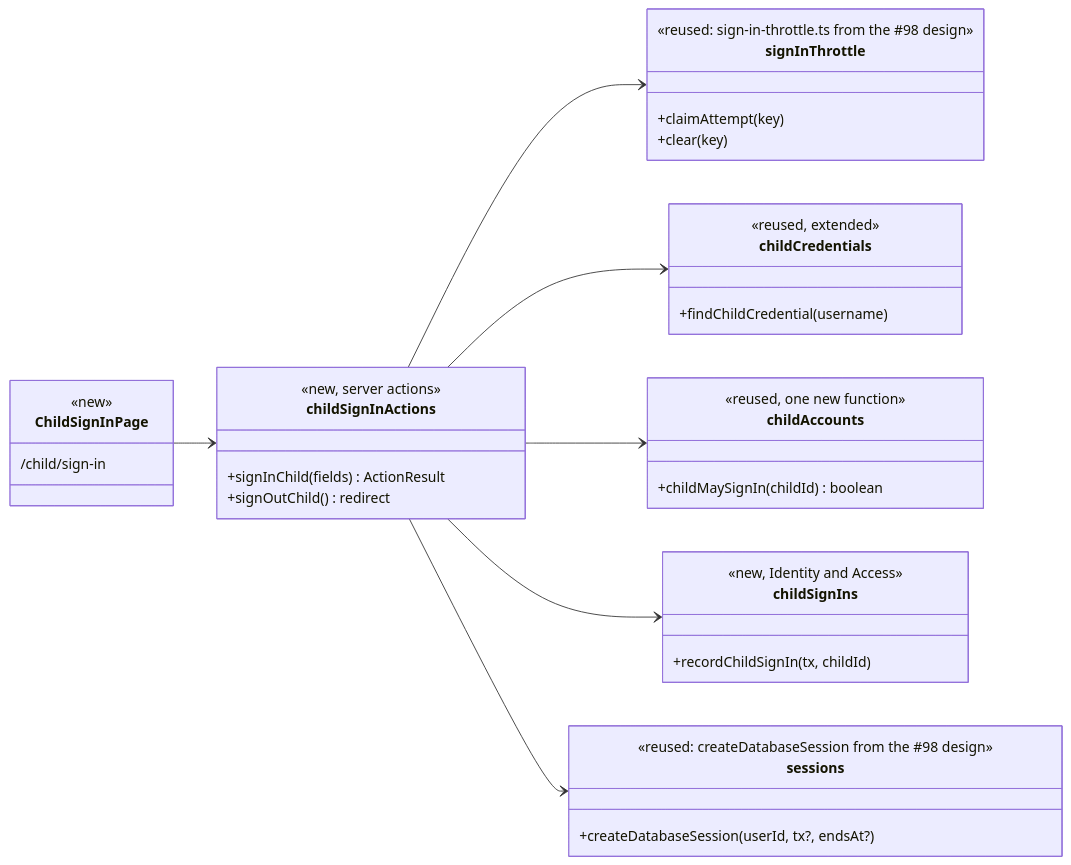
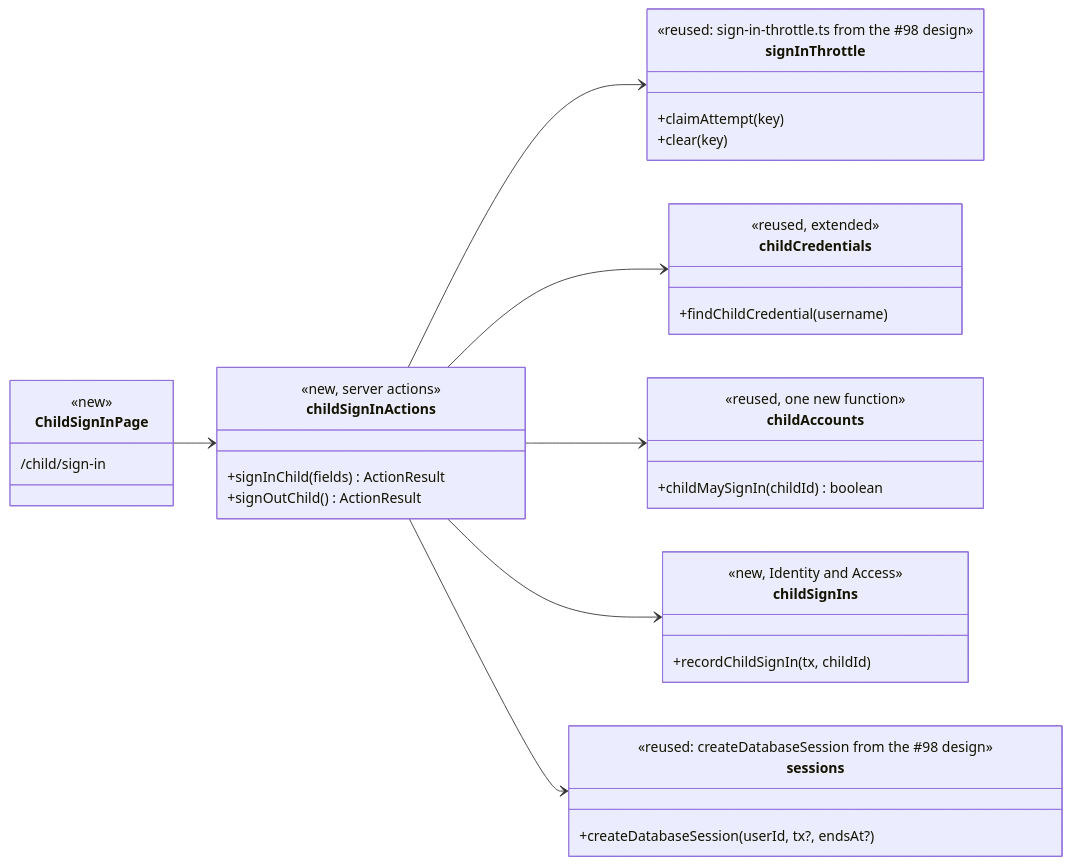
The third of 9 diagrams in design/shlf.md (videogames21/book_buddies), drawn with Mermaid before and after one commit. The commit also changed other lines of this file and 19 other files, not shown here.

Commit message:
Implemented UC-SHLF-kid-view-shelf and part of child sign in.

````diff
--- a/design/shlf.md
+++ b/design/shlf.md
@@ -155,40 +154,40 @@
 ```mermaid
 classDiagram
     direction LR
     class ChildSignInPage {
         <<new>>
         /child/sign-in
     }
     class childSignInActions {
         <<new, server actions>>
         +signInChild(fields) ActionResult
-        +signOutChild() redirect
+        +signOutChild() ActionResult
     }
     class signInThrottle {
         <<reused: sign-in-throttle.ts from the #98 design>>
         +claimAttempt(key)
         +clear(key)
     }
     class childSignIns {
         <<new, Identity and Access>>
         +recordChildSignIn(tx, childId)
     }
     class childCredentials {
         <<reused, extended>>
         +findChildCredential(username)
     }
     class childAccounts {
         <<reused, one new function>>
         +childMaySignIn(childId) boolean
     }
     class sessions {
         <<reused: createDatabaseSession from the #98 design>>
         +createDatabaseSession(userId, tx?, endsAt?)
     }
     ChildSignInPage --> childSignInActions
     childSignInActions --> signInThrottle
     childSignInActions --> childCredentials
     childSignInActions --> childAccounts
     childSignInActions --> childSignIns
     childSignInActions --> sessions
 ```
````
